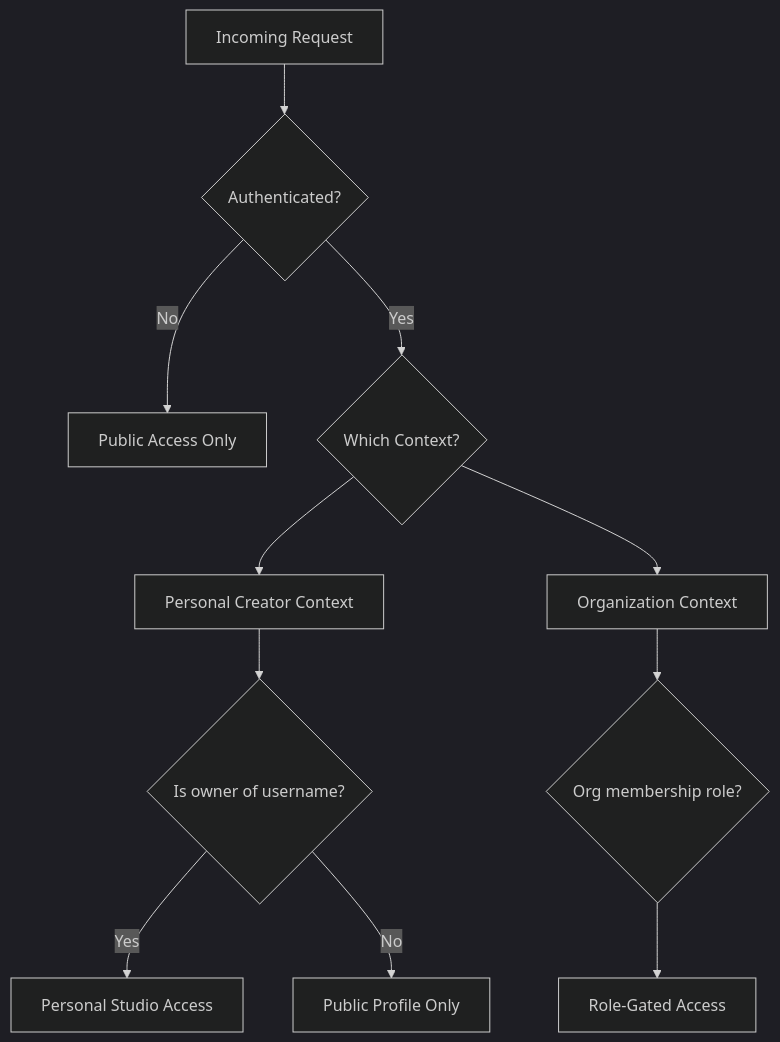
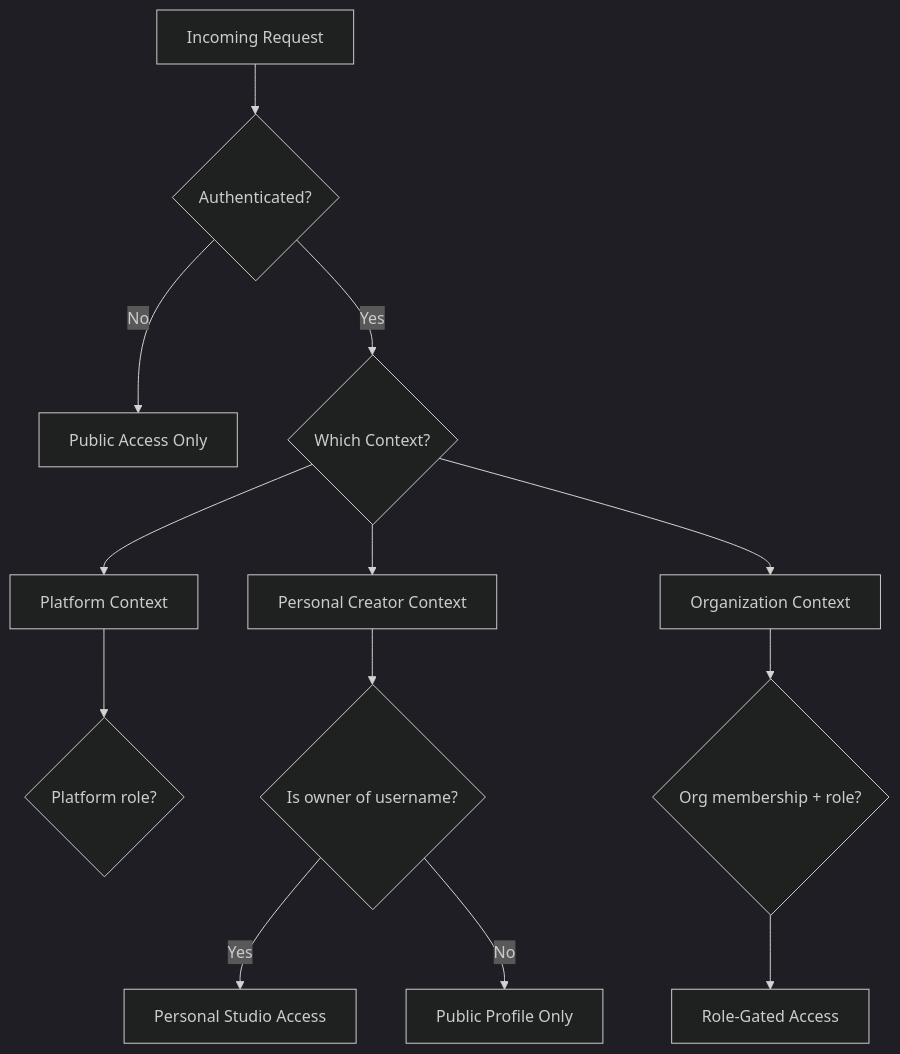
The second of 6 diagrams in design/frontend/AUTHORIZATION.md (brucemckayone/codex), drawn with Mermaid (dark theme) before and after one commit. The commit also changed other lines of this file and 5 other files, not shown here.

````diff
--- a/design/frontend/AUTHORIZATION.md
+++ b/design/frontend/AUTHORIZATION.md
@@ -56,17 +56,19 @@
 ```mermaid
 graph TD
     Request[Incoming Request] --> Auth{Authenticated?}
     Auth -->|No| Public[Public Access Only]
     Auth -->|Yes| Context{Which Context?}
 
+    Context --> Platform[Platform Context]
     Context --> Personal[Personal Creator Context]
     Context --> Org[Organization Context]
 
+    Platform --> PlatformCheck{Platform role?}
     Personal --> PersonalCheck{Is owner of username?}
-    Org --> OrgCheck{Org membership role?}
+    Org --> OrgCheck{Org membership + role?}
 
     PersonalCheck -->|Yes| PersonalAccess[Personal Studio Access]
     PersonalCheck -->|No| PublicProfile[Public Profile Only]
 
     OrgCheck --> RoleGate[Role-Gated Access]
 ```
````
